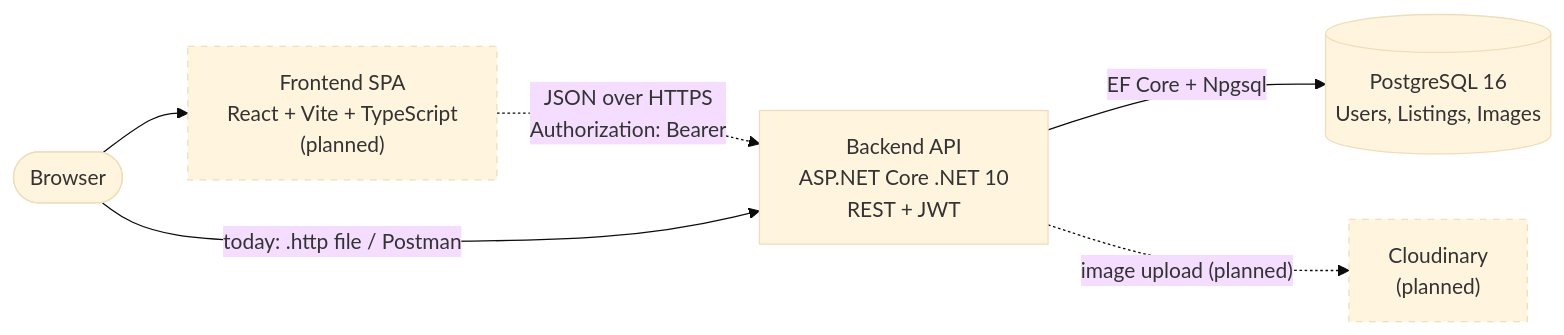
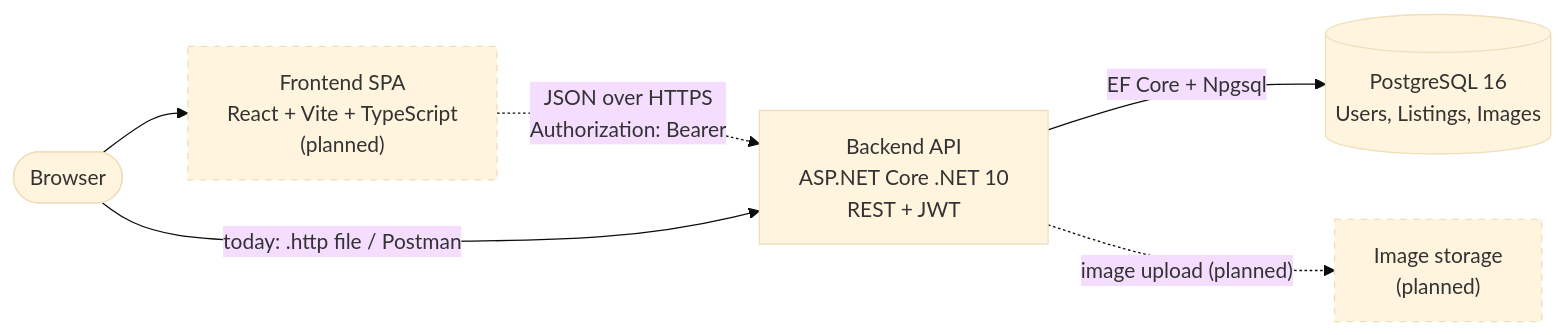
Before and after one commit to nilde790/sound-revival: the second of 2 diagrams in docs/06-Architecture.md, drawn with Mermaid (base theme). The commit also changed other lines of this file and 18 other files, not shown here.

````diff
--- a/docs/06-Architecture.md
+++ b/docs/06-Architecture.md
@@ -34,17 +34,17 @@
 ```mermaid
 flowchart LR
     browser(["Browser"])
     spa["Frontend SPA<br/>React + Vite + TypeScript<br/>(planned)"]
     api["Backend API<br/>ASP.NET Core .NET 10<br/>REST + JWT"]
     db[("PostgreSQL 16<br/>Users, Listings, Images")]
-    cloudinary["Cloudinary<br/>(planned)"]
+    storage["Image storage<br/>(planned)"]
 
     browser --> spa
     spa -. "JSON over HTTPS<br/>Authorization: Bearer" .-> api
     browser -- "today: .http file / Postman" --> api
     api -- "EF Core + Npgsql" --> db
-    api -. "image upload (planned)" .-> cloudinary
+    api -. "image upload (planned)" .-> storage
 
     classDef planned stroke-dasharray: 5 5
-    class spa,cloudinary planned
+    class spa,storage planned
 ```
````
